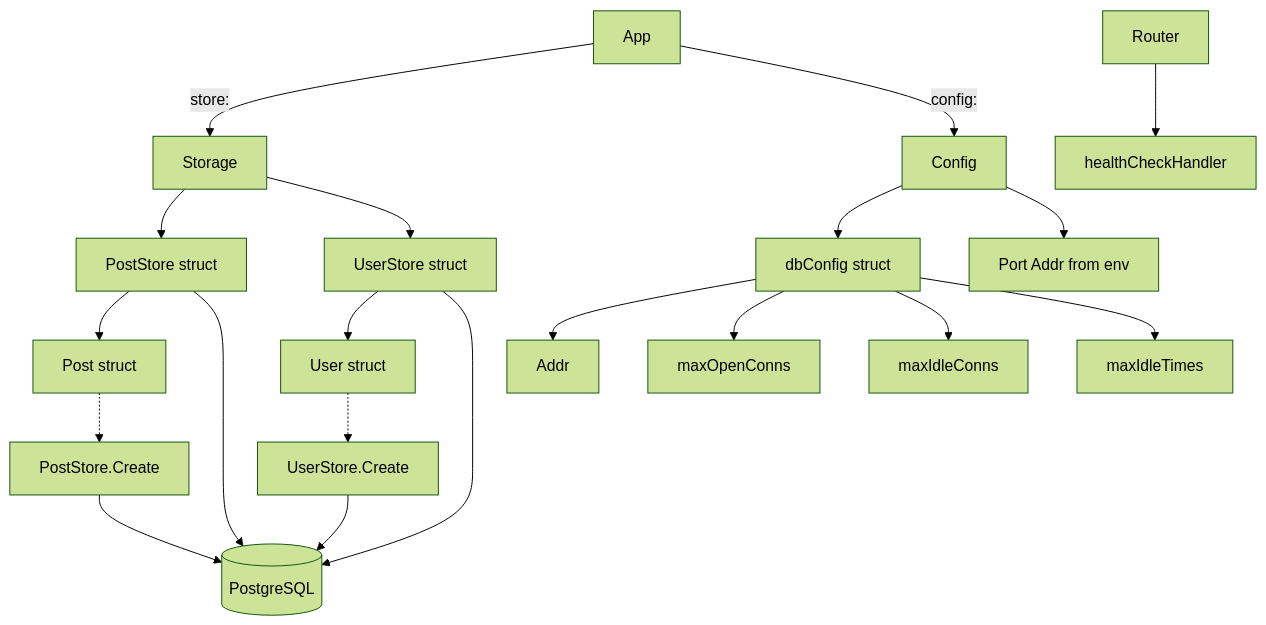
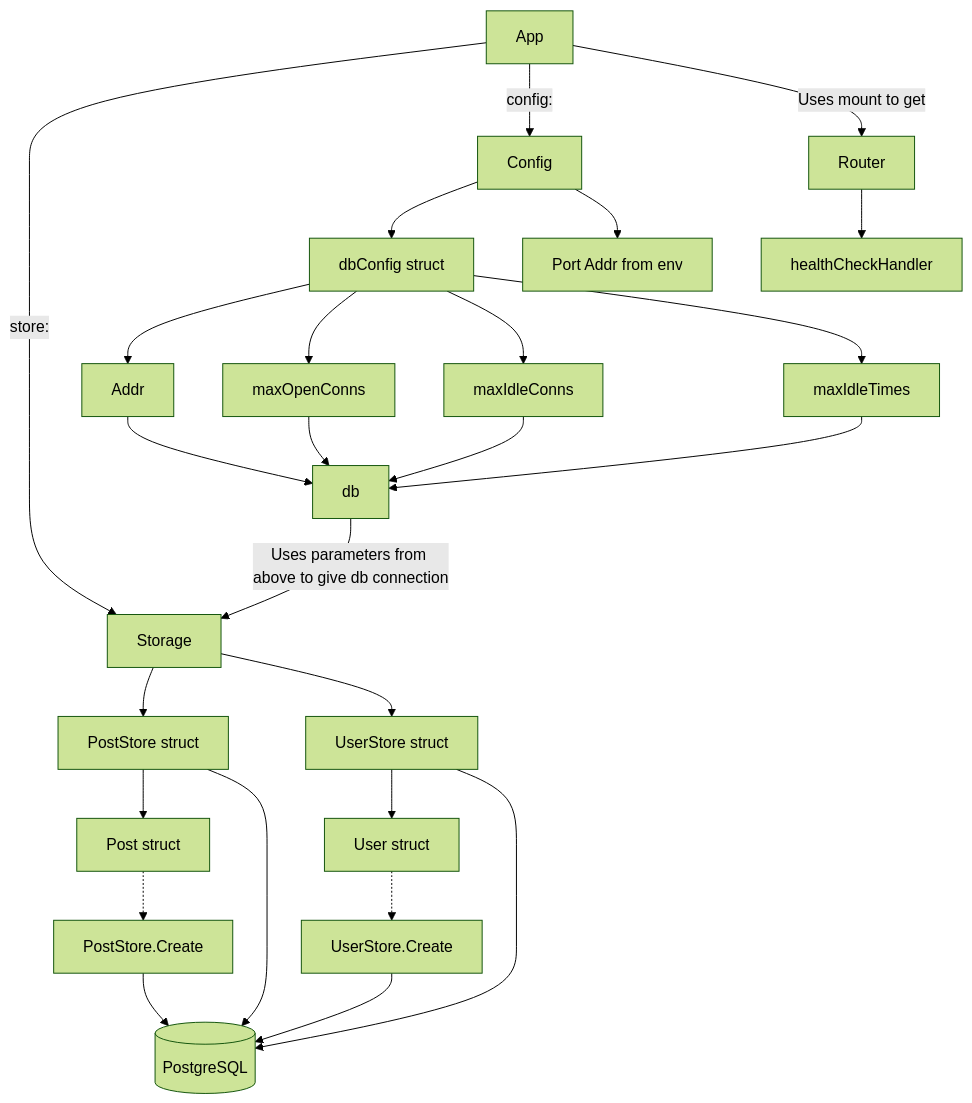
Before and after one commit to robertrahardja/gowebnotes: the diagram in social/cmd/api/db_call_flow.md, drawn with Mermaid (forest theme). The commit also changed 2 other files, not shown here.

Commit message:
fixed data flow markdown and added docker compose

````diff
--- a/social/cmd/api/db_call_flow.md
+++ b/social/cmd/api/db_call_flow.md
@@ -3,32 +3,39 @@
 ```mermaid
 flowchart TD
 
 
     App -->|store:| Storage
     App -->|config:| Config
+    App -->|Uses mount to get | Router
 
     Config --> DbConfig[dbConfig struct]
     Config --> Port[Port Addr from env]
     DbConfig --> Addr
     DbConfig --> maxOpenConns
     DbConfig --> maxIdleConns
     DbConfig --> maxIdleTimes
 
+    Addr --> db
+    maxOpenConns --> db
+    maxIdleConns --> db
+    maxIdleTimes --> db
 
+
+    db -->|Uses parameters from above to give db connection|Storage
     Storage --> PostStore[PostStore struct]
     Storage --> UserStore[UserStore struct]
 
     PostStore --> PostModel[Post struct]
     UserStore --> UserModel[User struct]
 
     Router --> HealthHandler[healthCheckHandler]
 
     PostStore --> DB[(PostgreSQL)]
     UserStore --> DB
 
     PostModel -.-> PostCreate[PostStore.Create]
     UserModel -.-> UserCreate[UserStore.Create]
 
     PostCreate --> DB
     UserCreate --> DB
 ```
````
